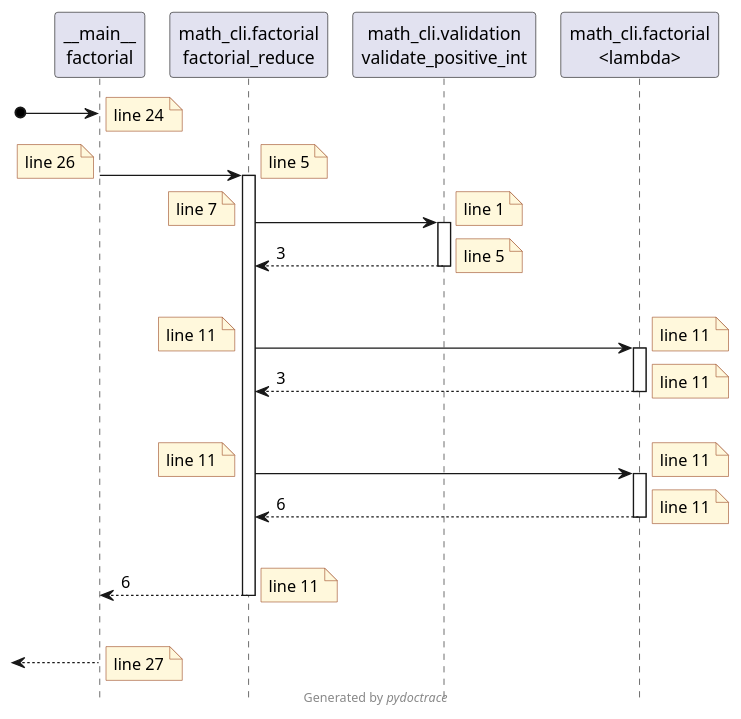
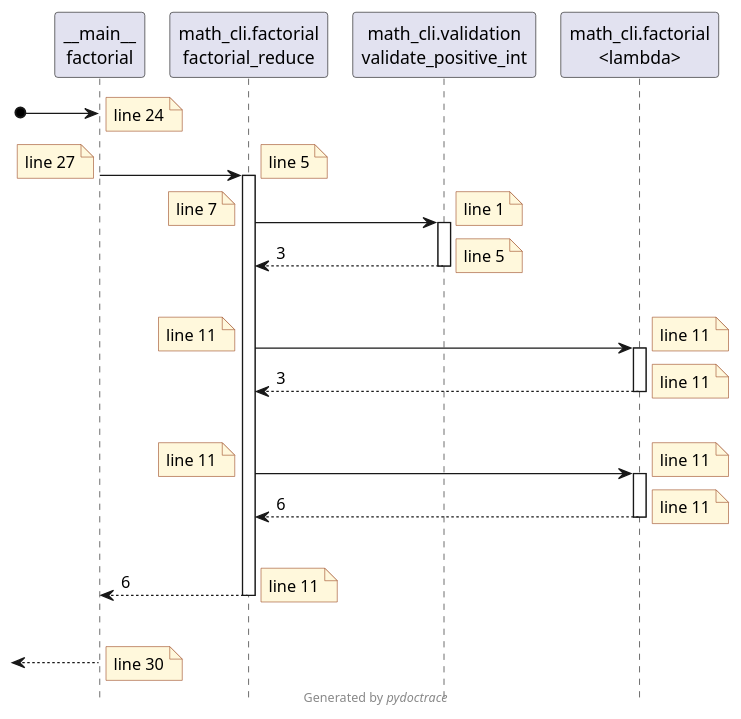
Before and after one commit to lucsorel/doc-tracing: the diagram in examples/factorial.puml, drawn with PlantUML. The commit also changed 6 other files, not shown here.

```diff
--- a/examples/factorial.puml
+++ b/examples/factorial.puml
@@ -1,47 +1,47 @@
 @startuml __main__.factorial
 skinparam BoxPadding 10
 skinparam ParticipantPadding 5
 skinparam NoteBackgroundColor Cornsilk
 skinparam NoteBorderColor Sienna
 hide footbox
 
 [o-> "~__main~__\nfactorial"
 note right: line 24
 
 "~__main~__\nfactorial" -> "math_cli.factorial\nfactorial_reduce" ++
-note left: line 26
+note left: line 27
 note right: line 5
 
 "math_cli.factorial\nfactorial_reduce" -> "math_cli.validation\nvalidate_positive_int" ++
 note left: line 7
 note right: line 1
 
 return 3
 note right: line 5
 |||
 
 "math_cli.factorial\nfactorial_reduce" -> "math_cli.factorial\n<lambda>" ++
 note left: line 11
 note right: line 11
 
 return 3
 note right: line 11
 |||
 
 "math_cli.factorial\nfactorial_reduce" -> "math_cli.factorial\n<lambda>" ++
 note left: line 11
 note right: line 11
 
 return 6
 note right: line 11
 |||
 
 return 6
 note right: line 11
 |||
 
 [<-- "~__main~__\nfactorial": 
-note right: line 27
+note right: line 30
 
 footer Generated by //pydoctrace//
 @enduml
```
